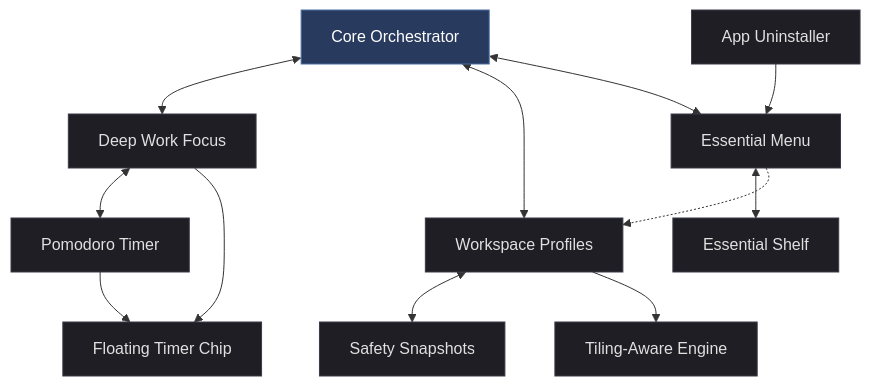
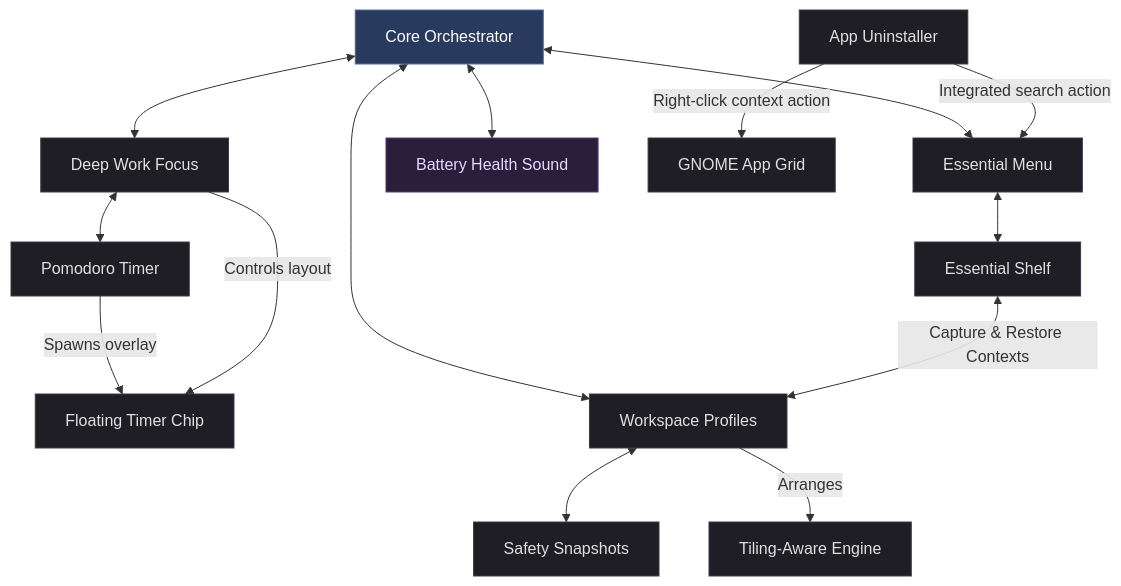
The diagram in README.md (ritesh-777/gnome-essentials), drawn with Mermaid before and after one commit. The commit also changed other lines of this file, not shown here.

Commit message:
docs: enrich System Integration Map diagram layout and linkages

````diff
--- a/README.md
+++ b/README.md
@@ -26,32 +26,50 @@
 ```mermaid
 graph TD
     classDef default fill:#1e1e24,stroke:#3a3a4a,color:#e0e0e0,stroke-width:1px;
     classDef highlight fill:#283a5e,stroke:#4a6fa5,color:#ffffff,stroke-width:1px;
+    classDef utility fill:#2b1e3a,stroke:#5c3a7a,color:#e8d7ff,stroke-width:1px;
 
     %% Modules
     Orchestrator[Core Orchestrator]:::highlight
+    
+    %% Focus Subsystem
     DeepWork[Deep Work Focus]
     Pomodoro[Pomodoro Timer]
     FloatingChip[Floating Timer Chip]
+    
+    %% Session Subsystem
     Profiles[Workspace Profiles]
     SafetySnap[Safety Snapshots]
     Tiling[Tiling-Aware Engine]
+    
+    %% Launcher/Shelf Subsystem
     Launcher[Essential Menu]
     Shelf[Essential Shelf]
     Uninstaller[App Uninstaller]
+    
+    %% Ambient Subsystem
+    Battery[Battery Health Sound]:::utility
 
-    %% Coordination lines
+    %% Orchestration Paths
     Orchestrator <--> DeepWork
     Orchestrator <--> Profiles
     Orchestrator <--> Launcher
+    Orchestrator <--> Battery
 
-    %% Internal module relationships
+    %% Focus Flow
     DeepWork <--> Pomodoro
-    Pomodoro --> FloatingChip
-    DeepWork --> FloatingChip
+    Pomodoro -->|Spawns overlay| FloatingChip
+    DeepWork -->|Controls layout| FloatingChip
+    
+    %% Session Flow
     Profiles <--> SafetySnap
-    Profiles --> Tiling
+    Profiles -->|Arranges| Tiling
+
+    %% Menu & Action Flow
     Launcher <--> Shelf
-    Launcher -.-> Profiles
-    Uninstaller --> Launcher
+    Uninstaller -->|Integrated search action| Launcher
+    Uninstaller -->|Right-click context action| AppGrid[GNOME App Grid]
+    
+    %% Cross-System Bridges
+    Shelf <-->|Capture & Restore Contexts| Profiles
 ```
````
